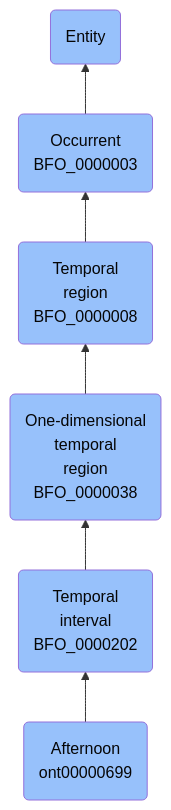
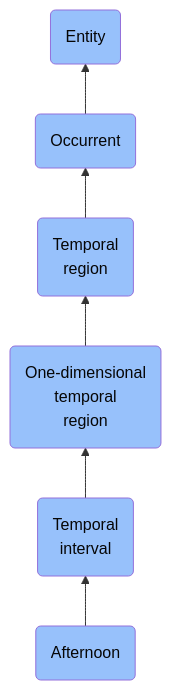
The diagram in docs/ontology/reference/model/Entity/Occurrent/Temporal region/One-dimensional temporal region/Temporal interval/Afternoon/Afternoon.md (jupyter-naas/abi), drawn with Mermaid before and after one commit. The commit also changed other lines of this file and 1430 other files, not shown here.

````diff
--- a/docs/ontology/reference/model/Entity/Occurrent/Temporal region/One-dimensional temporal region/Temporal interval/Afternoon/Afternoon.md
+++ b/docs/ontology/reference/model/Entity/Occurrent/Temporal region/One-dimensional temporal region/Temporal interval/Afternoon/Afternoon.md
@@ -24,13 +24,13 @@
 ```mermaid
 graph BT
-    ont00000699(Afternoon<br>ont00000699):::BFO-->BFO_0000202
-    BFO_0000202(Temporal<br>interval<br>BFO_0000202):::BFO-->BFO_0000038
-    BFO_0000038(One-dimensional<br>temporal<br>region<br>BFO_0000038):::BFO-->BFO_0000008
-    BFO_0000008(Temporal<br>region<br>BFO_0000008):::BFO-->BFO_0000003
-    BFO_0000003(Occurrent<br>BFO_0000003):::BFO-->BFO_0000001
+    ont00000699(Afternoon):::BFO-->BFO_0000202
+    BFO_0000202(Temporal<br>interval):::BFO-->BFO_0000038
+    BFO_0000038(One-dimensional<br>temporal<br>region):::BFO-->BFO_0000008
+    BFO_0000008(Temporal<br>region):::BFO-->BFO_0000003
+    BFO_0000003(Occurrent):::BFO-->BFO_0000001
     BFO_0000001(Entity):::BFO
     
     classDef BFO fill:#97c1fb,color:#060606
     classDef CCO fill:#e4c51e,color:#060606
     classDef ABI fill:#48DD82,color:#060606
 ```
````
